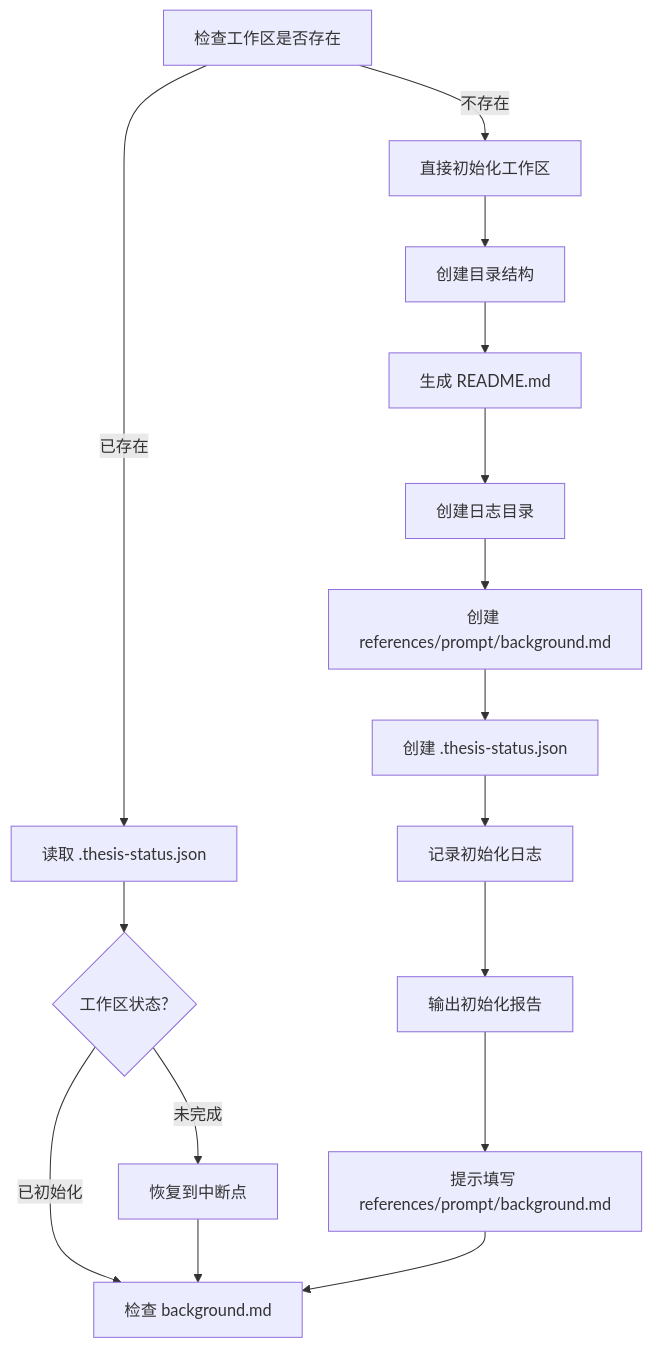
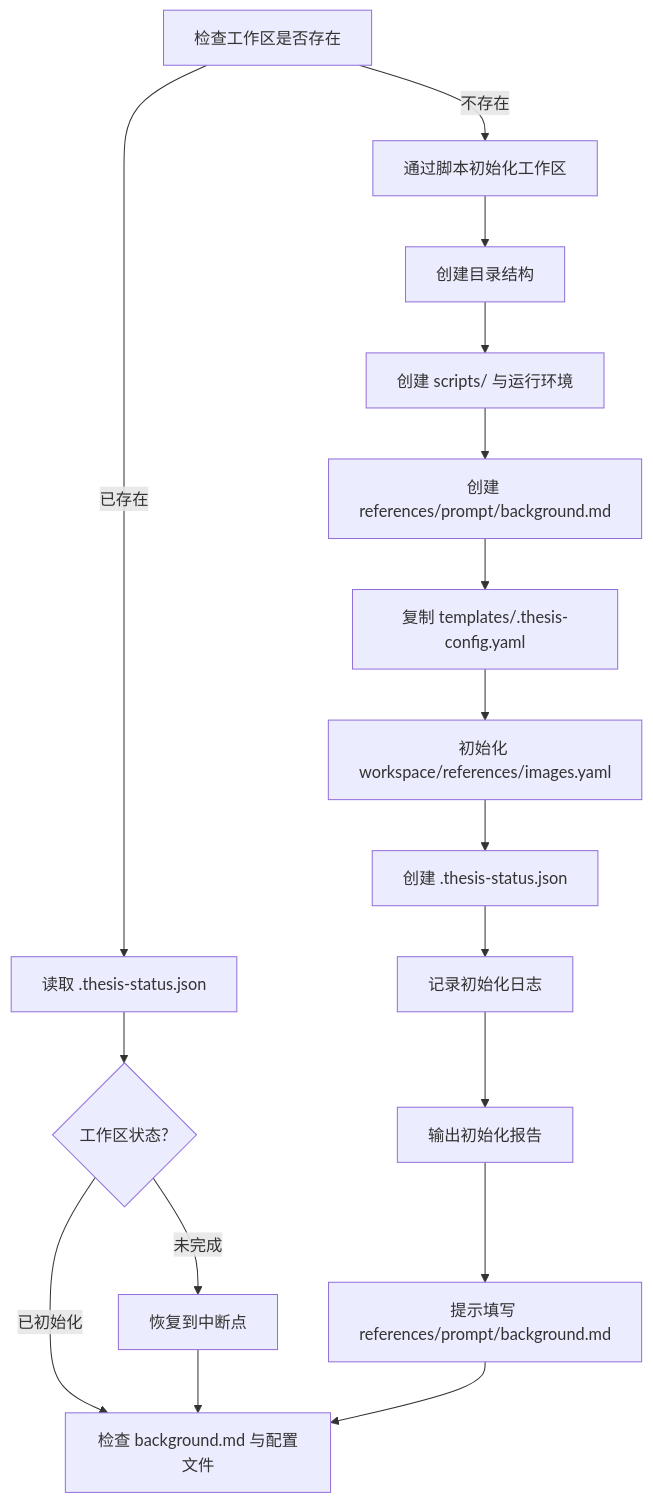
The diagram in workflows/step_0_init.md (Stars-OC/thesis-creator), drawn with Mermaid before and after one commit. The commit also changed other lines of this file and 27 other files, not shown here.

````diff
--- a/workflows/step_0_init.md
+++ b/workflows/step_0_init.md
@@ -18,18 +18,19 @@
 ```mermaid
 flowchart TD
-    A[检查工作区是否存在] -->|不存在| B[直接初始化工作区]
+    A[检查工作区是否存在] -->|不存在| B[通过脚本初始化工作区]
     A -->|已存在| C[读取 .thesis-status.json]
     B --> D[创建目录结构]
-    D --> E[生成 README.md]
-    E --> F[创建日志目录]
-    F --> G[创建 references/prompt/background.md]
-    G --> H[创建 .thesis-status.json]
-    H --> I[记录初始化日志]
-    I --> J[输出初始化报告]
-    J --> K[提示填写 references/prompt/background.md]
-    C --> L{工作区状态?}
-    L -->|已初始化| M[检查 background.md]
-    L -->|未完成| N[恢复到中断点]
-    N --> M
-    K --> M
+    D --> E[创建 scripts/ 与运行环境]
+    E --> F[创建 references/prompt/background.md]
+    F --> G[复制 templates/.thesis-config.yaml]
+    G --> H[初始化 workspace/references/images.yaml]
+    H --> I[创建 .thesis-status.json]
+    I --> J[记录初始化日志]
+    J --> K[输出初始化报告]
+    K --> L[提示填写 references/prompt/background.md]
+    C --> M{工作区状态?}
+    M -->|已初始化| N[检查 background.md 与配置文件]
+    M -->|未完成| O[恢复到中断点]
+    O --> N
+    L --> N
 ```
````
